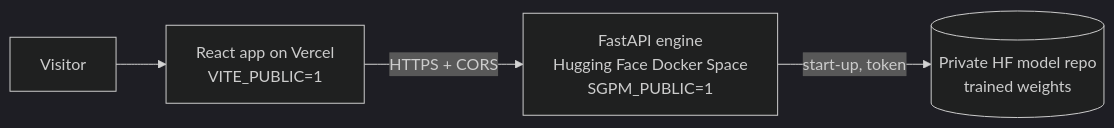
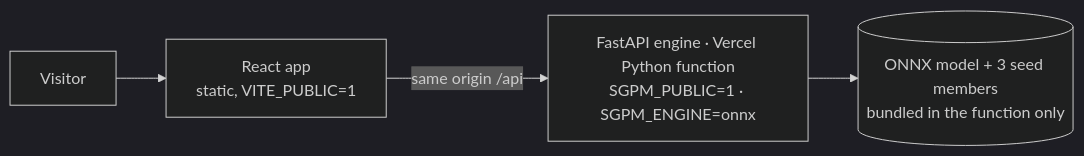
The third of 3 diagrams in README.md (Anjalisehrawat007/predictive-maintainance-for-power-grid), drawn with Mermaid (dark theme) before and after one commit. The commit also changed other lines of this file and 34 other files, not shown here.

First line of the commit message:
Free live deployment: ONNX-only engine as a Vercel serverless function

````diff
--- a/README.md
+++ b/README.md
@@ -246,6 +246,6 @@
 ```mermaid
 flowchart LR
-  V[Visitor] --> W[React app on Vercel<br/>VITE_PUBLIC=1]
-  W -->|HTTPS + CORS| S[FastAPI engine<br/>Hugging Face Docker Space<br/>SGPM_PUBLIC=1]
-  S -->|start-up, token| M[(Private HF model repo<br/>trained weights)]
+  V[Visitor] --> W[React app<br/>static, VITE_PUBLIC=1]
+  W -->|same origin /api| F[FastAPI engine · Vercel Python function<br/>SGPM_PUBLIC=1 · SGPM_ENGINE=onnx]
+  F --> O[(ONNX model + 3 seed members<br/>bundled in the function only)]
 ```
````
